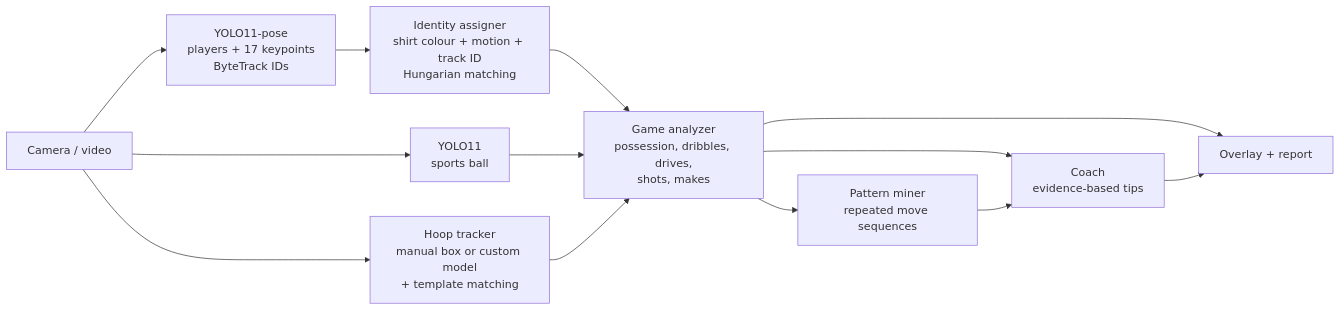
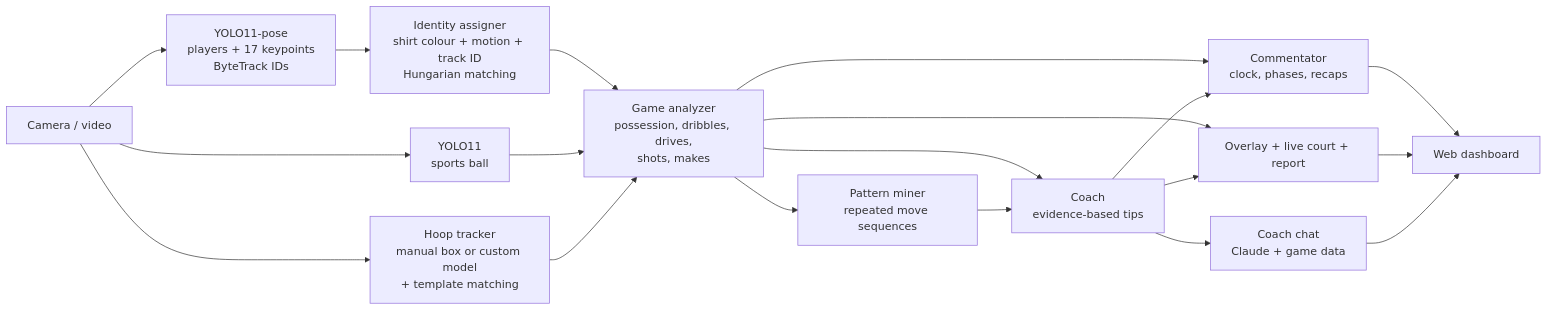
The diagram in README.md (kathirseyon/basketball-trainer), drawn with Mermaid before and after one commit. The commit also changed other lines of this file and 16 other files, not shown here.

First line of the commit message:
Add live commentary, LIVE COURT minimap, coach chat and web dashboard

````diff
--- a/README.md
+++ b/README.md
@@ -91,15 +126,21 @@
 ```mermaid
 flowchart LR
     A[Camera / video] --> B[YOLO11-pose<br/>players + 17 keypoints<br/>ByteTrack IDs]
     A --> C[YOLO11<br/>sports ball]
     A --> D[Hoop tracker<br/>manual box or custom model<br/>+ template matching]
     B --> E[Identity assigner<br/>shirt colour + motion + track ID<br/>Hungarian matching]
     E --> F[Game analyzer<br/>possession, dribbles, drives,<br/>shots, makes]
     C --> F
     D --> F
     F --> G[Pattern miner<br/>repeated move sequences]
     F --> H[Coach<br/>evidence-based tips]
     G --> H
-    F --> I[Overlay + report]
+    F --> I[Overlay + live court + report]
     H --> I
+    F --> J[Commentator<br/>clock, phases, recaps]
+    H --> J
+    J --> K[Web dashboard]
+    I --> K
+    H --> L[Coach chat<br/>Claude + game data]
+    L --> K
 ```
````
